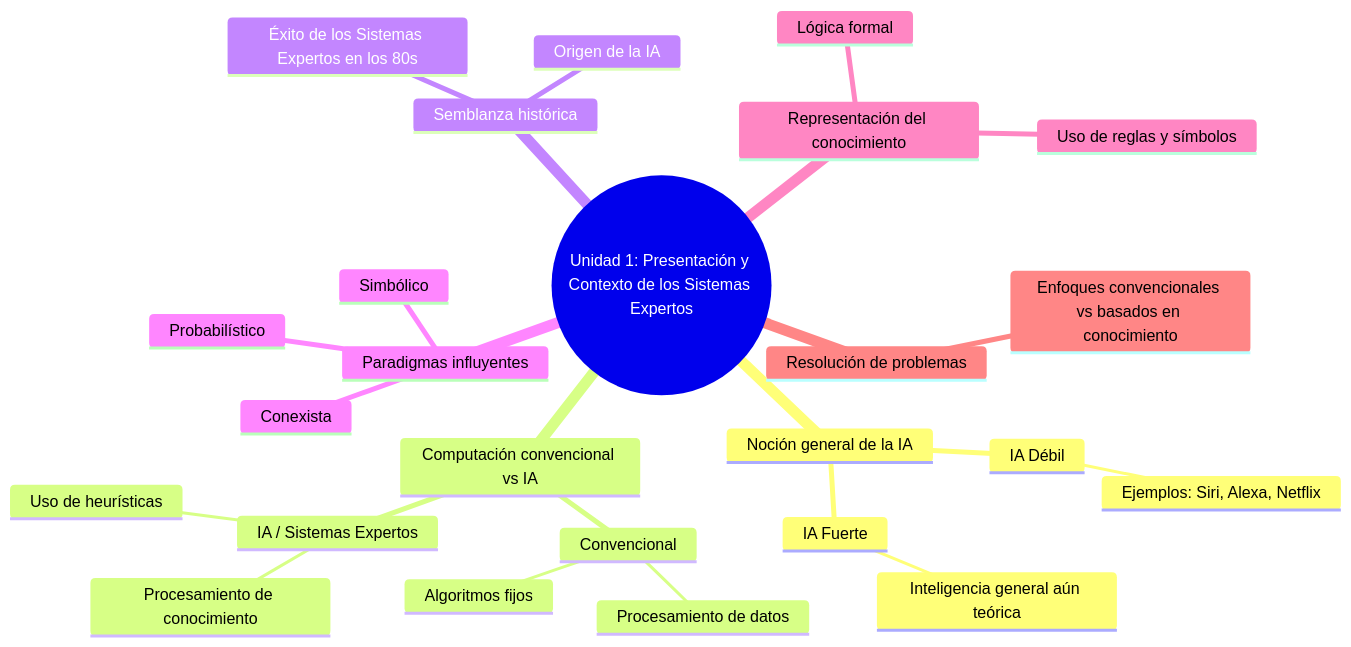
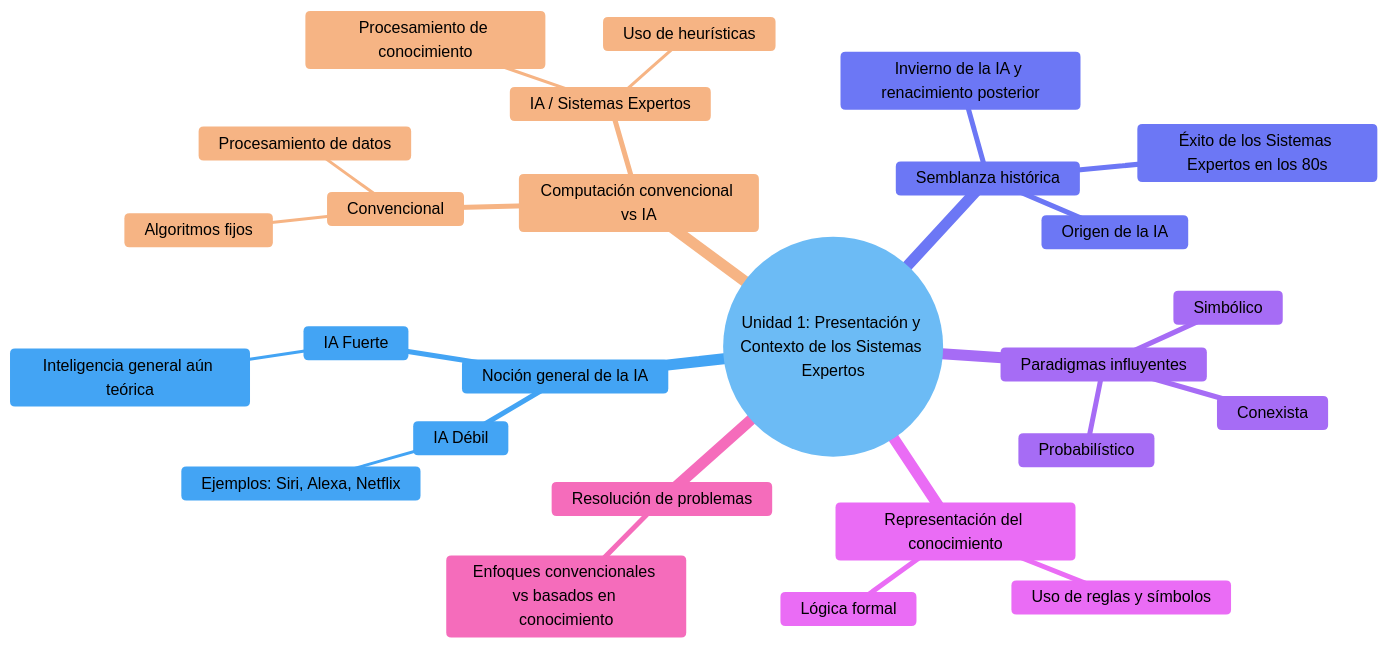
Before and after one commit to Jordy20043107-star/Microevalucion3: the diagram in README.md, drawn with Mermaid. The commit also changed other lines of this file, not shown here.

````diff
--- a/README.md
+++ b/README.md
@@ -6,28 +6,31 @@
 ```mermaid
+%%{init: {'theme': 'base', 'themeVariables': { 'primaryColor': '#e3f2fd', 'edgeLabelBackground':'#ffffff', 'background':'#ffffff', 'primaryTextColor':'#000000', 'nodeTextColor':'#000000', 'lineColor':'#2196f3', 'secondaryColor':'#bbdefb'}}}%%
 mindmap
   root((Unidad 1: Presentación y Contexto de los Sistemas Expertos))
     Noción general de la IA
       IA Débil
         Ejemplos: Siri, Alexa, Netflix
       IA Fuerte
         Inteligencia general aún teórica
     Computación convencional vs IA
       Convencional
         Algoritmos fijos
         Procesamiento de datos
       IA / Sistemas Expertos
         Procesamiento de conocimiento
         Uso de heurísticas
     Semblanza histórica
       Origen de la IA
       Éxito de los Sistemas Expertos en los 80s
+      Invierno de la IA y renacimiento posterior
     Paradigmas influyentes
       Simbólico
       Conexista
       Probabilístico
     Representación del conocimiento
       Uso de reglas y símbolos
       Lógica formal
     Resolución de problemas
       Enfoques convencionales vs basados en conocimiento
+
 ```
````
